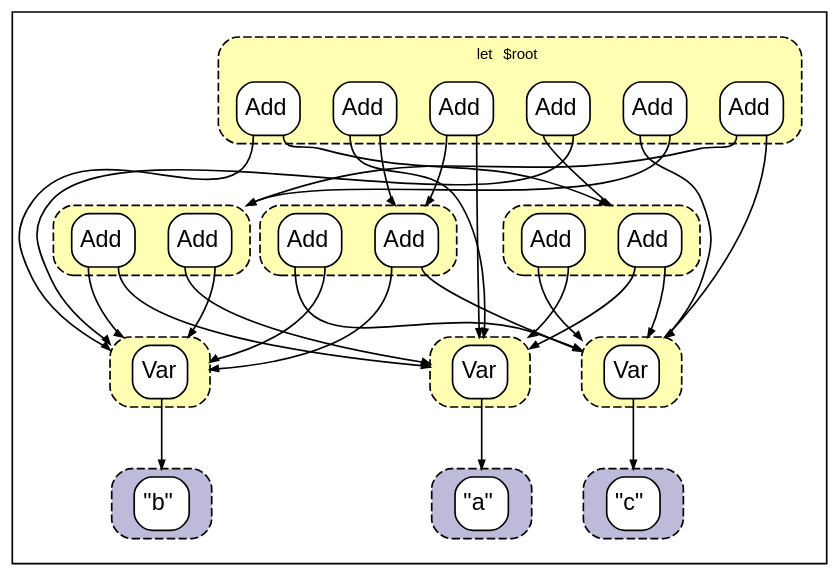
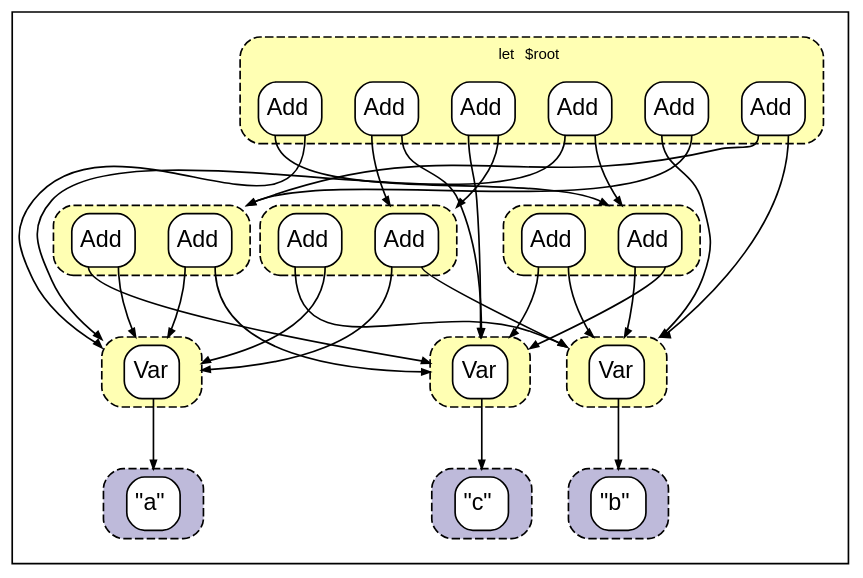
One commit to MilkBlock/fractal_egraph changed the diagram in docs/papers/figures/native/saturated.raw.dot. Above: the diagram before and after it, drawn with Graphviz. The commit also changed other lines of this file and 38 other files, not shown here.

Commit message:
docs(paper): add native recursive array graphs

```diff
--- a/docs/papers/figures/native/saturated.raw.dot
+++ b/docs/papers/figures/native/saturated.raw.dot
@@ -1,143 +1,143 @@
 digraph  {
   compound=true
   rank=same
   fontname=helvetica
   fontsize=9
   margin=3
   nodesep=0.05
   ranksep=0.6
   colorscheme=set312
   edge[arrowsize=0.5]
   node[shape=none,margin=0,fontname=helvetica]
   outputorder=edgesfirst
   graph[style="dashed,rounded,filled"]
   fillcolor=2
+  "function-2-Add":0:s -> "function-0-Var" [lhead="cluster_Math-0"]
+  "function-2-Add":1:s -> "function-1-Var" [lhead="cluster_Math-1"]
+  "function-6-Add":0:s -> "function-1-Var" [lhead="cluster_Math-1"]
+  "function-6-Add":1:s -> "function-0-Var" [lhead="cluster_Math-0"]
+  subgraph "outer_cluster_Math-5" {
+    subgraph "cluster_Math-5" {
+      subgraph  {
+        "function-2-Add"[label=<<TABLE BGCOLOR="white" CELLBORDER="0" CELLSPACING="0" CELLPADDING="0" style="rounded"><tr><td BALIGN="left" CELLPADDING="4" WIDTH="30" HEIGHT="30" colspan="2">Add</td></tr><TR><TD PORT="0"></TD><TD PORT="1"></TD></TR></TABLE>>,tooltip="Math-5: function-2-Add"]
+        "function-6-Add"[label=<<TABLE BGCOLOR="white" CELLBORDER="0" CELLSPACING="0" CELLPADDING="0" style="rounded"><tr><td BALIGN="left" CELLPADDING="4" WIDTH="30" HEIGHT="30" colspan="2">Add</td></tr><TR><TD PORT="0"></TD><TD PORT="1"></TD></TR></TABLE>>,tooltip="Math-5: function-6-Add"]
+      }
+    }
+    style="invis"
+    cluster=true
+  }
   "function-0-Add":0:s -> "function-1-Var" [lhead="cluster_Math-1"]
   "function-0-Add":1:s -> "function-2-Var" [lhead="cluster_Math-2"]
   "function-4-Add":0:s -> "function-2-Var" [lhead="cluster_Math-2"]
   "function-4-Add":1:s -> "function-1-Var" [lhead="cluster_Math-1"]
   subgraph "outer_cluster_Math-3" {
     subgraph "cluster_Math-3" {
       subgraph  {
         "function-0-Add"[label=<<TABLE BGCOLOR="white" CELLBORDER="0" CELLSPACING="0" CELLPADDING="0" style="rounded"><tr><td BALIGN="left" CELLPADDING="4" WIDTH="30" HEIGHT="30" colspan="2">Add</td></tr><TR><TD PORT="0"></TD><TD PORT="1"></TD></TR></TABLE>>,tooltip="Math-3: function-0-Add"]
         "function-4-Add"[label=<<TABLE BGCOLOR="white" CELLBORDER="0" CELLSPACING="0" CELLPADDING="0" style="rounded"><tr><td BALIGN="left" CELLPADDING="4" WIDTH="30" HEIGHT="30" colspan="2">Add</td></tr><TR><TD PORT="0"></TD><TD PORT="1"></TD></TR></TABLE>>,tooltip="Math-3: function-4-Add"]
+      }
+    }
+    style="invis"
+    cluster=true
+  }
+  "function-0-Var":0:s -> "primitive-String-0" [lhead="cluster_String-0"]
+  subgraph "outer_cluster_Math-0" {
+    subgraph "cluster_Math-0" {
+      subgraph  {
+        "function-0-Var"[label=<<TABLE BGCOLOR="white" CELLBORDER="0" CELLSPACING="0" CELLPADDING="0" style="rounded"><tr><td BALIGN="left" CELLPADDING="4" WIDTH="30" HEIGHT="30" colspan="1">Var</td></tr><TR><TD PORT="0"></TD></TR></TABLE>>,tooltip="Math-0: function-0-Var"]
+      }
+    }
+    style="invis"
+    cluster=true
+  }
+  "function-2-Var":0:s -> "primitive-String-2" [lhead="cluster_String-2"]
+  subgraph "outer_cluster_Math-2" {
+    subgraph "cluster_Math-2" {
+      subgraph  {
+        "function-2-Var"[label=<<TABLE BGCOLOR="white" CELLBORDER="0" CELLSPACING="0" CELLPADDING="0" style="rounded"><tr><td BALIGN="left" CELLPADDING="4" WIDTH="30" HEIGHT="30" colspan="1">Var</td></tr><TR><TD PORT="0"></TD></TR></TABLE>>,tooltip="Math-2: function-2-Var"]
+      }
+    }
+    style="invis"
+    cluster=true
+  }
+  "function-8-Add":0:s -> "function-0-Var" [lhead="cluster_Math-0"]
+  "function-8-Add":1:s -> "function-2-Var" [lhead="cluster_Math-2"]
+  "function-10-Add":0:s -> "function-2-Var" [lhead="cluster_Math-2"]
+  "function-10-Add":1:s -> "function-0-Var" [lhead="cluster_Math-0"]
+  subgraph "outer_cluster_Math-6" {
+    subgraph "cluster_Math-6" {
+      subgraph  {
+        "function-8-Add"[label=<<TABLE BGCOLOR="white" CELLBORDER="0" CELLSPACING="0" CELLPADDING="0" style="rounded"><tr><td BALIGN="left" CELLPADDING="4" WIDTH="30" HEIGHT="30" colspan="2">Add</td></tr><TR><TD PORT="0"></TD><TD PORT="1"></TD></TR></TABLE>>,tooltip="Math-6: function-8-Add"]
+        "function-10-Add"[label=<<TABLE BGCOLOR="white" CELLBORDER="0" CELLSPACING="0" CELLPADDING="0" style="rounded"><tr><td BALIGN="left" CELLPADDING="4" WIDTH="30" HEIGHT="30" colspan="2">Add</td></tr><TR><TD PORT="0"></TD><TD PORT="1"></TD></TR></TABLE>>,tooltip="Math-6: function-10-Add"]
       }
     }
     style="invis"
     cluster=true
   }
   "function-1-Add":0:s -> "function-0-Var" [lhead="cluster_Math-0"]
   "function-1-Add":1:s -> "function-0-Add" [lhead="cluster_Math-3"]
   "function-3-Add":0:s -> "function-2-Add" [lhead="cluster_Math-5"]
   "function-3-Add":1:s -> "function-2-Var" [lhead="cluster_Math-2"]
   "function-5-Add":0:s -> "function-0-Add" [lhead="cluster_Math-3"]
   "function-5-Add":1:s -> "function-0-Var" [lhead="cluster_Math-0"]
   "function-7-Add":0:s -> "function-2-Var" [lhead="cluster_Math-2"]
   "function-7-Add":1:s -> "function-2-Add" [lhead="cluster_Math-5"]
   "function-9-Add":0:s -> "function-8-Add" [lhead="cluster_Math-6"]
   "function-9-Add":1:s -> "function-1-Var" [lhead="cluster_Math-1"]
   "function-11-Add":0:s -> "function-1-Var" [lhead="cluster_Math-1"]
   "function-11-Add":1:s -> "function-8-Add" [lhead="cluster_Math-6"]
   subgraph "outer_cluster_Math-4" {
     subgraph "cluster_Math-4" {
       subgraph  {
         "function-1-Add"[label=<<TABLE BGCOLOR="white" CELLBORDER="0" CELLSPACING="0" CELLPADDING="0" style="rounded"><tr><td BALIGN="left" CELLPADDING="4" WIDTH="30" HEIGHT="30" colspan="2">Add</td></tr><TR><TD PORT="0"></TD><TD PORT="1"></TD></TR></TABLE>>,tooltip="Math-4: function-1-Add"]
         "function-3-Add"[label=<<TABLE BGCOLOR="white" CELLBORDER="0" CELLSPACING="0" CELLPADDING="0" style="rounded"><tr><td BALIGN="left" CELLPADDING="4" WIDTH="30" HEIGHT="30" colspan="2">Add</td></tr><TR><TD PORT="0"></TD><TD PORT="1"></TD></TR></TABLE>>,tooltip="Math-4: function-3-Add"]
         "function-5-Add"[label=<<TABLE BGCOLOR="white" CELLBORDER="0" CELLSPACING="0" CELLPADDING="0" style="rounded"><tr><td BALIGN="left" CELLPADDING="4" WIDTH="30" HEIGHT="30" colspan="2">Add</td></tr><TR><TD PORT="0"></TD><TD PORT="1"></TD></TR></TABLE>>,tooltip="Math-4: function-5-Add"]
         "function-7-Add"[label=<<TABLE BGCOLOR="white" CELLBORDER="0" CELLSPACING="0" CELLPADDING="0" style="rounded"><tr><td BALIGN="left" CELLPADDING="4" WIDTH="30" HEIGHT="30" colspan="2">Add</td></tr><TR><TD PORT="0"></TD><TD PORT="1"></TD></TR></TABLE>>,tooltip="Math-4: function-7-Add"]
         "function-9-Add"[label=<<TABLE BGCOLOR="white" CELLBORDER="0" CELLSPACING="0" CELLPADDING="0" style="rounded"><tr><td BALIGN="left" CELLPADDING="4" WIDTH="30" HEIGHT="30" colspan="2">Add</td></tr><TR><TD PORT="0"></TD><TD PORT="1"></TD></TR></TABLE>>,tooltip="Math-4: function-9-Add"]
         "function-11-Add"[label=<<TABLE BGCOLOR="white" CELLBORDER="0" CELLSPACING="0" CELLPADDING="0" style="rounded"><tr><td BALIGN="left" CELLPADDING="4" WIDTH="30" HEIGHT="30" colspan="2">Add</td></tr><TR><TD PORT="0"></TD><TD PORT="1"></TD></TR></TABLE>>,tooltip="Math-4: function-11-Add"]
       }
       label=<<TABLE BORDER="0" CELLBORDER="0" CELLSPACING="0" CELLPADDING="2"><TR><TD ALIGN="RIGHT">let</TD><TD ALIGN="LEFT">$root</TD></TR></TABLE>>
     }
     style="invis"
     cluster=true
   }
-  "function-2-Add":0:s -> "function-0-Var" [lhead="cluster_Math-0"]
-  "function-2-Add":1:s -> "function-1-Var" [lhead="cluster_Math-1"]
-  "function-6-Add":0:s -> "function-1-Var" [lhead="cluster_Math-1"]
-  "function-6-Add":1:s -> "function-0-Var" [lhead="cluster_Math-0"]
-  subgraph "outer_cluster_Math-5" {
-    subgraph "cluster_Math-5" {
-      subgraph  {
-        "function-2-Add"[label=<<TABLE BGCOLOR="white" CELLBORDER="0" CELLSPACING="0" CELLPADDING="0" style="rounded"><tr><td BALIGN="left" CELLPADDING="4" WIDTH="30" HEIGHT="30" colspan="2">Add</td></tr><TR><TD PORT="0"></TD><TD PORT="1"></TD></TR></TABLE>>,tooltip="Math-5: function-2-Add"]
-        "function-6-Add"[label=<<TABLE BGCOLOR="white" CELLBORDER="0" CELLSPACING="0" CELLPADDING="0" style="rounded"><tr><td BALIGN="left" CELLPADDING="4" WIDTH="30" HEIGHT="30" colspan="2">Add</td></tr><TR><TD PORT="0"></TD><TD PORT="1"></TD></TR></TABLE>>,tooltip="Math-5: function-6-Add"]
-      }
-    }
-    style="invis"
-    cluster=true
-  }
-  "function-8-Add":0:s -> "function-0-Var" [lhead="cluster_Math-0"]
-  "function-8-Add":1:s -> "function-2-Var" [lhead="cluster_Math-2"]
-  "function-10-Add":0:s -> "function-2-Var" [lhead="cluster_Math-2"]
-  "function-10-Add":1:s -> "function-0-Var" [lhead="cluster_Math-0"]
-  subgraph "outer_cluster_Math-6" {
-    subgraph "cluster_Math-6" {
-      subgraph  {
-        "function-8-Add"[label=<<TABLE BGCOLOR="white" CELLBORDER="0" CELLSPACING="0" CELLPADDING="0" style="rounded"><tr><td BALIGN="left" CELLPADDING="4" WIDTH="30" HEIGHT="30" colspan="2">Add</td></tr><TR><TD PORT="0"></TD><TD PORT="1"></TD></TR></TABLE>>,tooltip="Math-6: function-8-Add"]
-        "function-10-Add"[label=<<TABLE BGCOLOR="white" CELLBORDER="0" CELLSPACING="0" CELLPADDING="0" style="rounded"><tr><td BALIGN="left" CELLPADDING="4" WIDTH="30" HEIGHT="30" colspan="2">Add</td></tr><TR><TD PORT="0"></TD><TD PORT="1"></TD></TR></TABLE>>,tooltip="Math-6: function-10-Add"]
-      }
-    }
-    style="invis"
-    cluster=true
-  }
   "function-1-Var":0:s -> "primitive-String-1" [lhead="cluster_String-1"]
   subgraph "outer_cluster_Math-1" {
     subgraph "cluster_Math-1" {
       subgraph  {
         "function-1-Var"[label=<<TABLE BGCOLOR="white" CELLBORDER="0" CELLSPACING="0" CELLPADDING="0" style="rounded"><tr><td BALIGN="left" CELLPADDING="4" WIDTH="30" HEIGHT="30" colspan="1">Var</td></tr><TR><TD PORT="0"></TD></TR></TABLE>>,tooltip="Math-1: function-1-Var"]
-      }
-    }
-    style="invis"
-    cluster=true
-  }
-  "function-0-Var":0:s -> "primitive-String-0" [lhead="cluster_String-0"]
-  subgraph "outer_cluster_Math-0" {
-    subgraph "cluster_Math-0" {
-      subgraph  {
-        "function-0-Var"[label=<<TABLE BGCOLOR="white" CELLBORDER="0" CELLSPACING="0" CELLPADDING="0" style="rounded"><tr><td BALIGN="left" CELLPADDING="4" WIDTH="30" HEIGHT="30" colspan="1">Var</td></tr><TR><TD PORT="0"></TD></TR></TABLE>>,tooltip="Math-0: function-0-Var"]
-      }
-    }
-    style="invis"
-    cluster=true
-  }
-  "function-2-Var":0:s -> "primitive-String-2" [lhead="cluster_String-2"]
-  subgraph "outer_cluster_Math-2" {
-    subgraph "cluster_Math-2" {
-      subgraph  {
-        "function-2-Var"[label=<<TABLE BGCOLOR="white" CELLBORDER="0" CELLSPACING="0" CELLPADDING="0" style="rounded"><tr><td BALIGN="left" CELLPADDING="4" WIDTH="30" HEIGHT="30" colspan="1">Var</td></tr><TR><TD PORT="0"></TD></TR></TABLE>>,tooltip="Math-2: function-2-Var"]
       }
     }
     style="invis"
     cluster=true
   }
   fillcolor=3
   subgraph "outer_cluster_String-2" {
     subgraph "cluster_String-2" {
       subgraph  {
         "primitive-String-2"[label=<<TABLE BGCOLOR="white" CELLBORDER="0" CELLSPACING="0" CELLPADDING="0" style="rounded"><tr><td BALIGN="left" CELLPADDING="4" WIDTH="30" HEIGHT="30">&quot;c&quot;</td></tr></TABLE>>,tooltip="String-2: primitive-String-2"]
       }
     }
     style="invis"
     cluster=true
   }
   subgraph "outer_cluster_String-0" {
     subgraph "cluster_String-0" {
       subgraph  {
         "primitive-String-0"[label=<<TABLE BGCOLOR="white" CELLBORDER="0" CELLSPACING="0" CELLPADDING="0" style="rounded"><tr><td BALIGN="left" CELLPADDING="4" WIDTH="30" HEIGHT="30">&quot;a&quot;</td></tr></TABLE>>,tooltip="String-0: primitive-String-0"]
       }
     }
     style="invis"
     cluster=true
   }
   subgraph "outer_cluster_String-1" {
     subgraph "cluster_String-1" {
       subgraph  {
         "primitive-String-1"[label=<<TABLE BGCOLOR="white" CELLBORDER="0" CELLSPACING="0" CELLPADDING="0" style="rounded"><tr><td BALIGN="left" CELLPADDING="4" WIDTH="30" HEIGHT="30">&quot;b&quot;</td></tr></TABLE>>,tooltip="String-1: primitive-String-1"]
       }
     }
     style="invis"
     cluster=true
   }
   margin=0
 }
```
